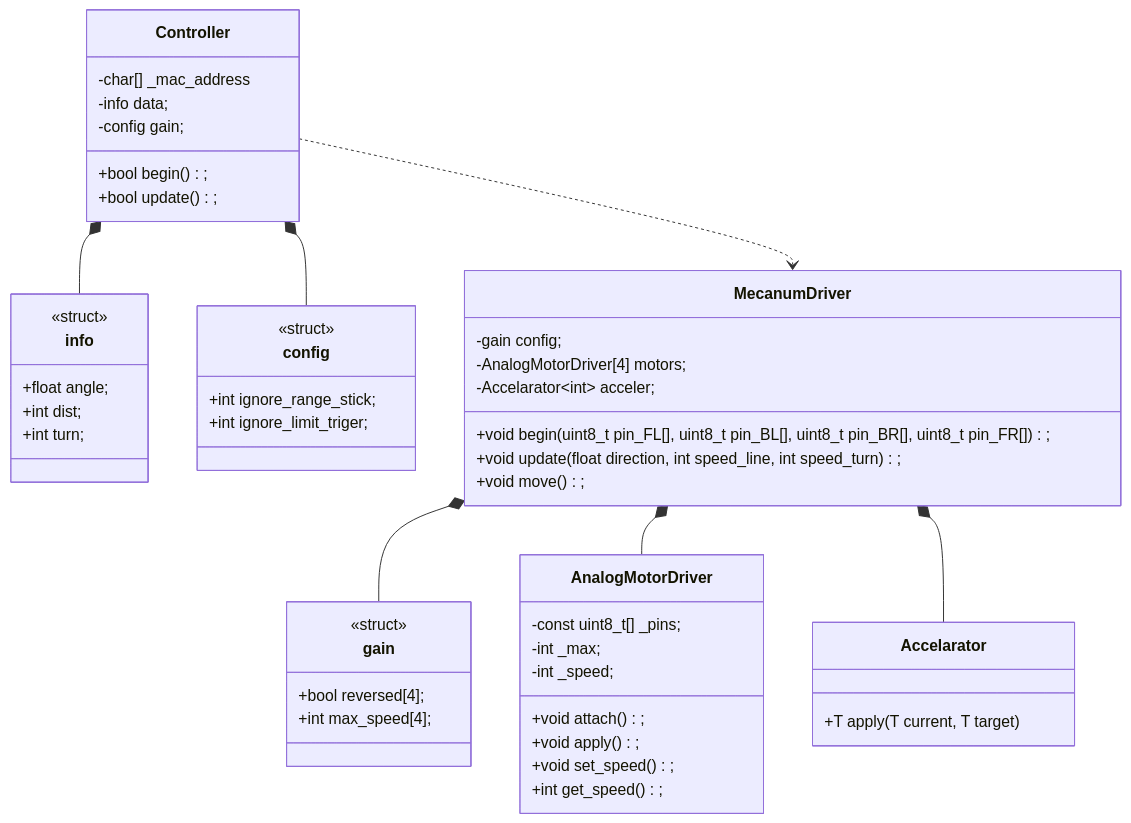
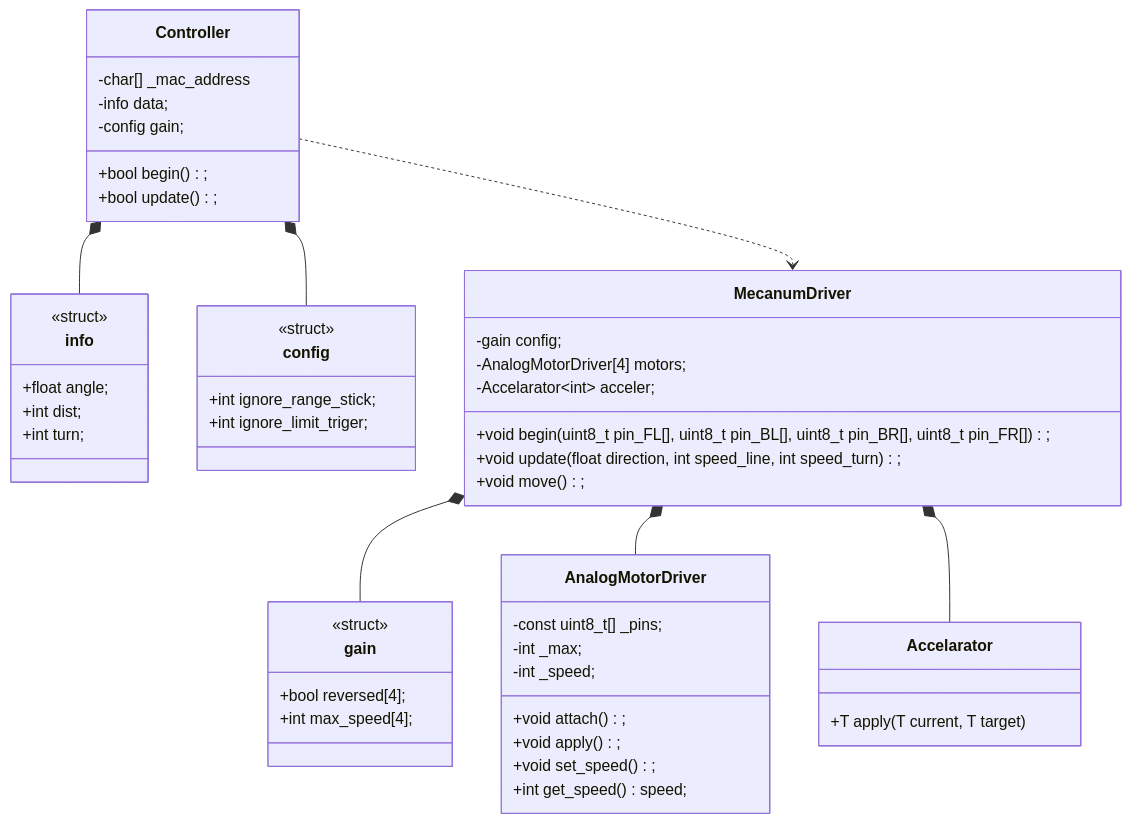
The second of 2 diagrams in README.md (Tomoooji/Planaria_renewal), drawn with Mermaid before and after one commit.

````diff
--- a/README.md
+++ b/README.md
@@ -29,54 +29,54 @@
 ```mermaid
 classDiagram
     Controller *-- info
     Controller *-- config
     Controller ..> MecanumDriver
     MecanumDriver *-- gain
     MecanumDriver *-- AnalogMotorDriver
     MecanumDriver *-- Accelarator
 
     class Controller{
         -char[] _mac_address
         -info data;
         -config gain;
         +bool begin();
         +bool update();
     }
     class info{
         <<struct>>
         +float angle;
         +int dist;
         +int turn;
     }
     class config{
         <<struct>>
         +int ignore_range_stick;
         +int ignore_limit_triger;
     }
     class MecanumDriver{
         -gain config;
         -AnalogMotorDriver[4] motors;
         -Accelarator~int~ acceler;
         +void begin(uint8_t pin_FL[], uint8_t pin_BL[], uint8_t pin_BR[], uint8_t pin_FR[]);
         +void update(float direction, int speed_line, int speed_turn);
         +void move();
     }
     class gain{
         <<struct>>
         +bool reversed[4];
         +int max_speed[4];
     }
     class AnalogMotorDriver{
         -const uint8_t[] _pins;
         -int _max;
         -int _speed;
         +void attach();
         +void apply();
         +void set_speed();
-        +int get_speed();
+        +int get_speed() speed;
     }
     class Accelarator~T~{
         +T apply(T current, T target)
     }
 
 ```
````
